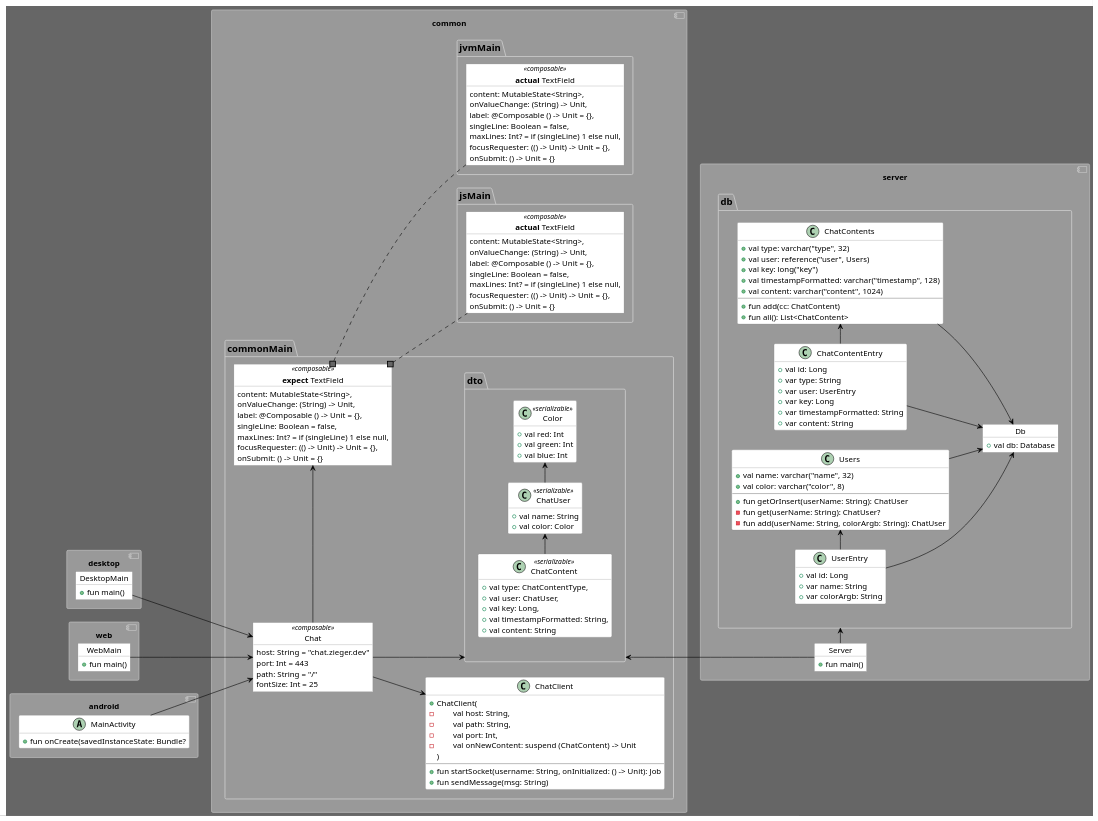
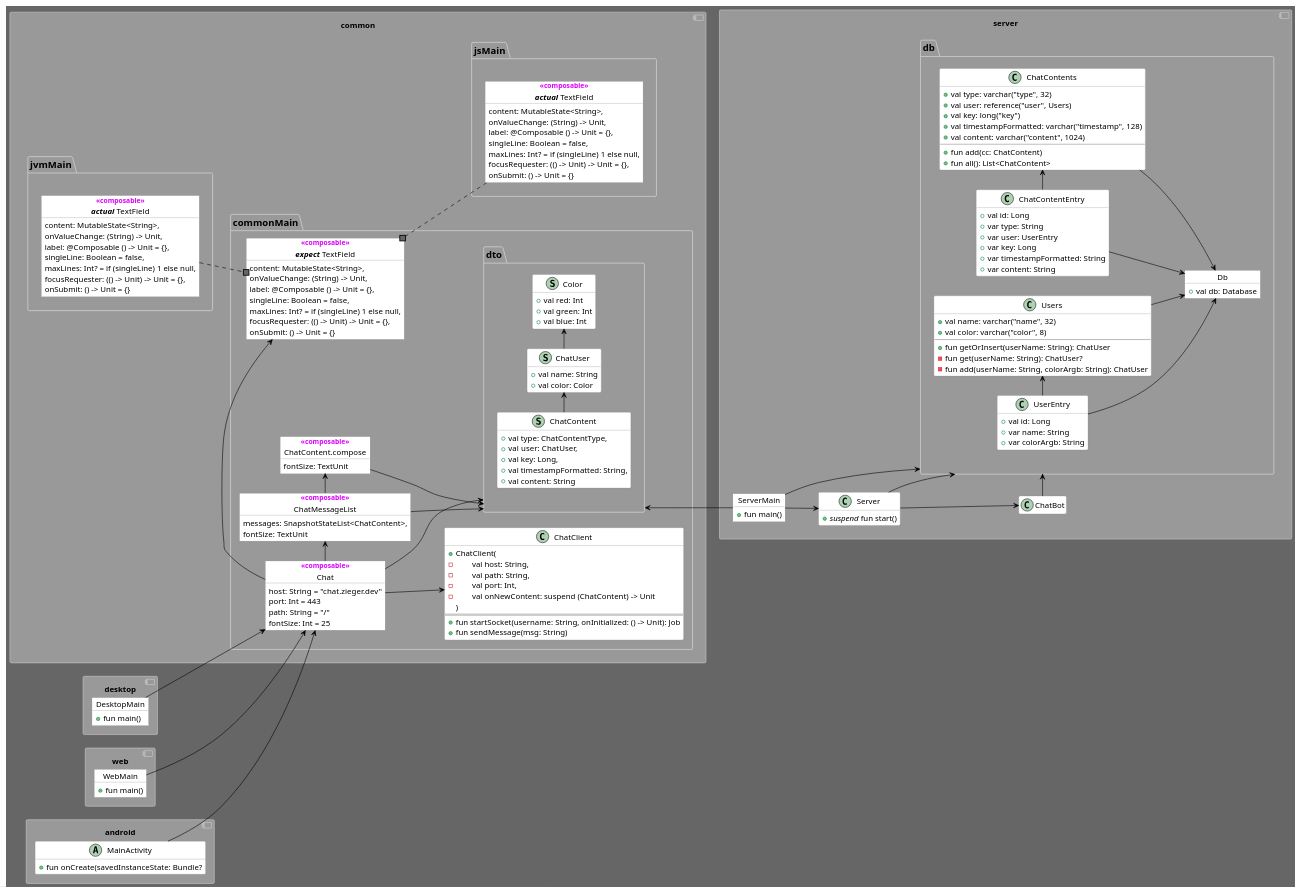
One commit to SaschaZ/KotlinMpChatDemo changed the diagram in doc/puml/Classes.puml. Above: the diagram before and after it, drawn with PlantUML. The commit also changed 17 other files, not shown here.

```diff
--- a/doc/puml/Classes.puml
+++ b/doc/puml/Classes.puml
@@ -15,6 +15,9 @@
 skinparam objectBorderColor #888
 skinparam titleFontSize 35
 skinparam titleFontStyle bold
+
+skinparam ObjectStereotypeFontColor<<composable>> #D0F
+skinparam ObjectStereotypeFontStyle<<composable>> bold
 
 skinparam stereotypeC<<data>> {
   BackgroundColor #0AF
@@ -70,13 +73,18 @@
 skinparam spotChar<<enumeration>> E
 hide class <<enumeration>> stereotype
 
+skinparam stereotypeC<<serializable>> {
+  BackgroundColor #FF0
+}
+skinparam spotChar<<serializable>> S
+hide class <<serializable>> stereotype
+
 hide empty members
 
 component common {
 
-together {
     package jvmMain {
-        object "**actual** TextField" as JvmTextField <<composable>> {
+        object "//**actual**// TextField" as JvmTextField <<composable>> {
             content: MutableState<String>,
             onValueChange: (String) -> Unit,
             label: @Composable () -> Unit = {},
@@ -87,7 +95,7 @@
         }
     }
     package jsMain {
-        object "**actual** TextField" as JsTextField <<composable>> {
+        object "//**actual**// TextField" as JsTextField <<composable>> {
             content: MutableState<String>,
             onValueChange: (String) -> Unit,
             label: @Composable () -> Unit = {},
@@ -97,7 +105,9 @@
             onSubmit: () -> Unit = {}
         }
     }
-}
+
+    jvmMain -[hidden] jsMain
+
     package commonMain {
 
         object Chat <<composable>> {
@@ -114,14 +124,29 @@
             {field} -\tval port: Int,
             {field} -\tval onNewContent: suspend (ChatContent) -> Unit
             )
-            ---
+            ===
             +fun startSocket(username: String, onInitialized: () -> Unit): Job
             +fun sendMessage(msg: String)
         }
 
         Chat --> ChatClient
 
-        object "**expect** TextField" as CommonTextField <<composable>> {
+        object ChatMessageList <<composable>> {
+           messages: SnapshotStateList<ChatContent>,
+           fontSize: TextUnit
+       }
+
+       Chat -> ChatMessageList
+       ChatMessageList --> dto
+
+        object "ChatContent.compose" as compose <<composable>> {
+            fontSize: TextUnit
+        }
+
+        ChatMessageList -> compose
+        compose --> dto
+
+        object "//**expect**// TextField" as CommonTextField <<composable>> {
             content: MutableState<String>,
             onValueChange: (String) -> Unit,
             label: @Composable () -> Unit = {},
@@ -168,10 +193,16 @@
 }
 
 component server {
-    object Server {
+together {
+    object ServerMain {
         +fun main()
     }
 
+    class Server {
+        +//suspend// fun start()
+    }
+    class ChatBot
+}
     package db {
         object Db {
             +val db: Database
@@ -215,8 +246,14 @@
         UserEntry -> Users
     }
 
+    ServerMain -> db
+    dto <-- ServerMain
+
+    Server --> ChatBot
+    ServerMain --> Server
+
     Server -> db
-    dto <-- Server
+    ChatBot -> db
 }
 
 component web {
```
